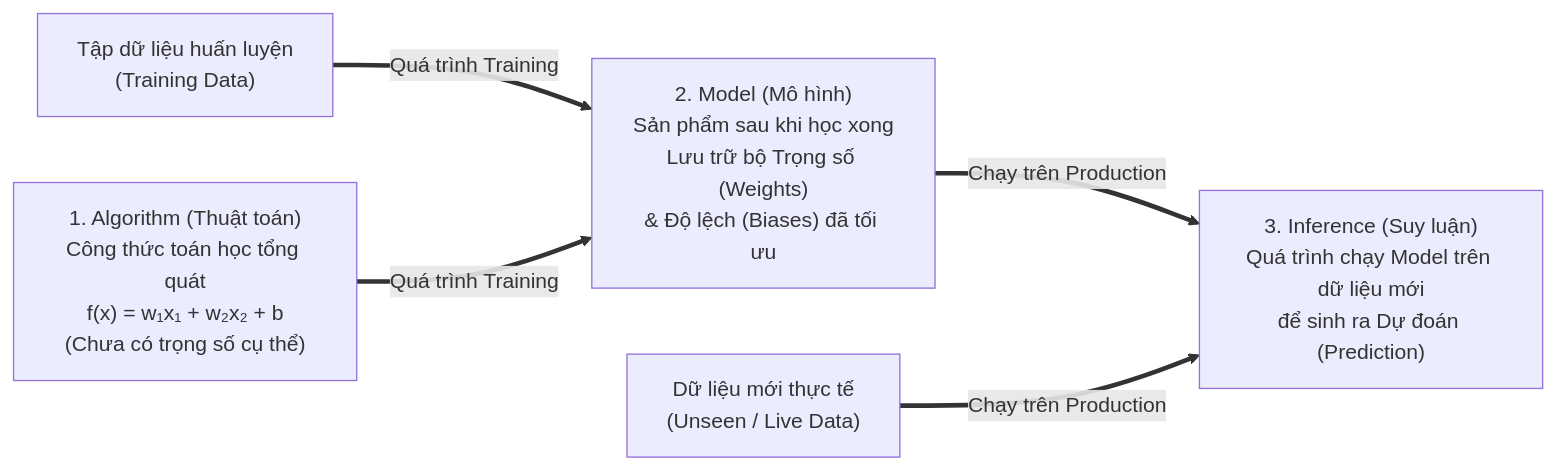
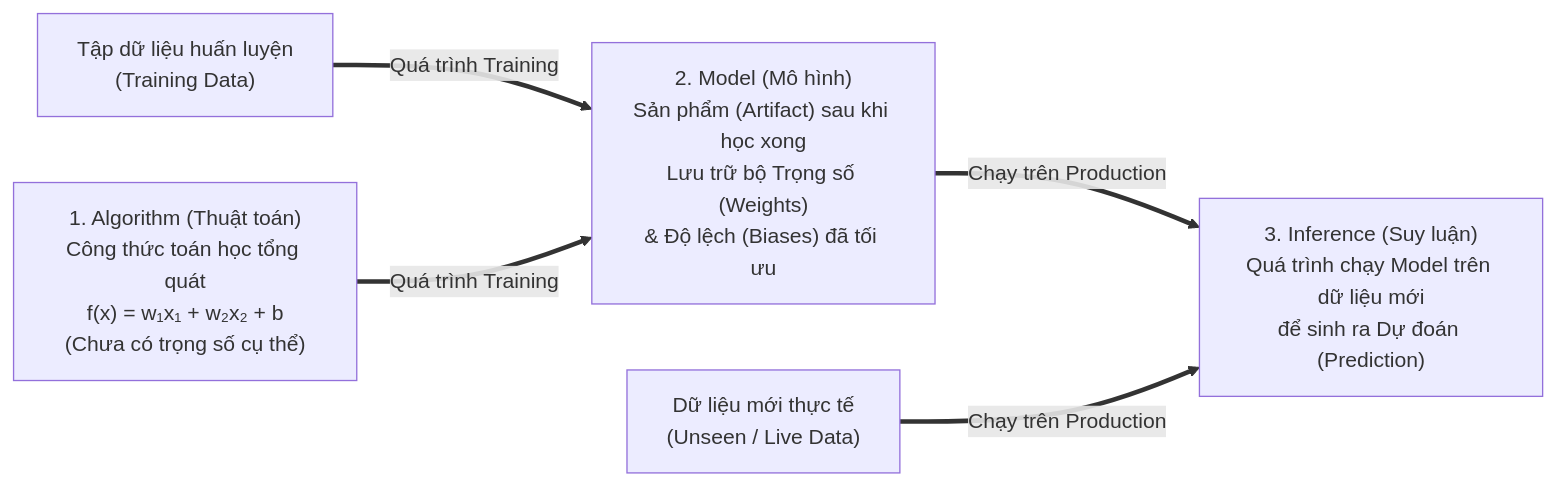
The fifth of 6 diagrams in Module_02_AIML_Fundamentals.md (nxthanh2904/nca-genl), drawn with Mermaid before and after one commit. The commit also changed other lines of this file and 11 other files, not shown here.

````diff
--- a/Module_02_AIML_Fundamentals.md
+++ b/Module_02_AIML_Fundamentals.md
@@ -153,11 +187,11 @@
 ```mermaid
 flowchart LR
     Data["Tập dữ liệu huấn luyện<br/>(Training Data)"]
     Algo["1. Algorithm (Thuật toán)<br/>Công thức toán học tổng quát<br/>f(x) = w₁x₁ + w₂x₂ + b<br/>(Chưa có trọng số cụ thể)"]
-    Model["2. Model (Mô hình)<br/>Sản phẩm sau khi học xong<br/>Lưu trữ bộ Trọng số (Weights)<br/>& Độ lệch (Biases) đã tối ưu"]
+    Model["2. Model (Mô hình)<br/>Sản phẩm (Artifact) sau khi học xong<br/>Lưu trữ bộ Trọng số (Weights)<br/>& Độ lệch (Biases) đã tối ưu"]
     Unseen["Dữ liệu mới thực tế<br/>(Unseen / Live Data)"]
     Pred["3. Inference (Suy luận)<br/>Quá trình chạy Model trên dữ liệu mới<br/>để sinh ra Dự đoán (Prediction)"]
 
     Data & Algo ==>|"Quá trình Training"| Model
     Model & Unseen ==>|"Chạy trên Production"| Pred
 ```
````
